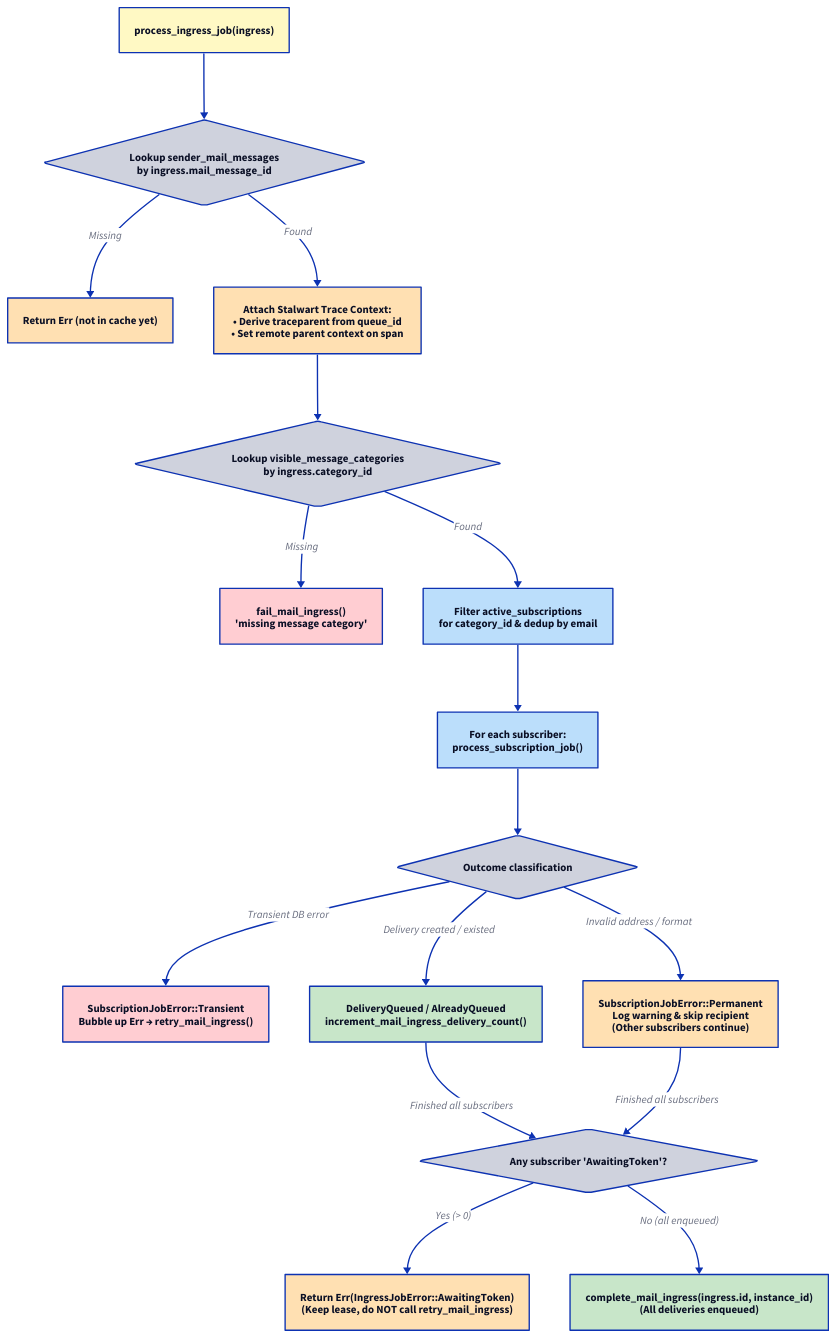
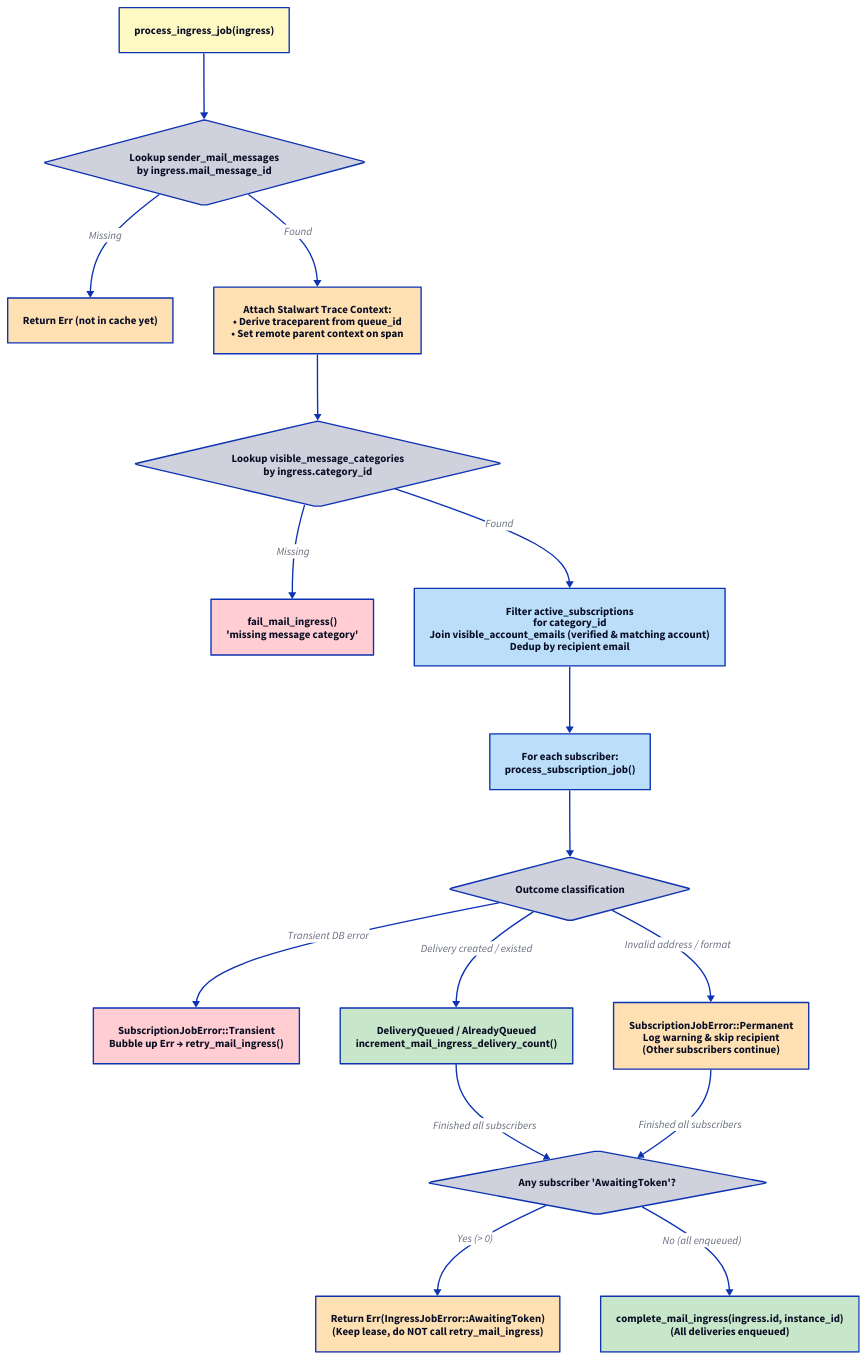
The diagram in docs/src/core/sender/control-flow-ingress-job.d2 (enaut/kommunikationszentrum), drawn with D2 before and after one commit. The commit also changed 20 other files, not shown here.

First line of the commit message:
The documentation and D2 diagrams across the Kommunikationszentrum repository have been comprehensively updated to reflect the architectural enhancements introduced in the last three commits (`fd0b473`, `7e1d919`, and `e8ae9a0`).

```diff
--- a/docs/src/core/sender/control-flow-ingress-job.d2
+++ b/docs/src/core/sender/control-flow-ingress-job.d2
@@ -1,42 +1,42 @@
 direction: down
 
 start: "process_ingress_job(ingress)" { style.fill: "#fff9c4" }
 msg: "Lookup sender_mail_messages\nby ingress.mail_message_id" { shape: diamond }
 msg_err: "Return Err (not in cache yet)" { style.fill: "#ffe0b2" }
 
 trace_attach: "Attach Stalwart Trace Context:\n• Derive traceparent from queue_id\n• Set remote parent context on span" { style.fill: "#ffe0b2" }
 
 cat: "Lookup visible_message_categories\nby ingress.category_id" { shape: diamond }
 fail: "fail_mail_ingress()\n'missing message category'" { style.fill: "#ffcdd2" }
 
-subs: "Filter active_subscriptions\nfor category_id & dedup by email" { style.fill: "#bbdefb" }
+subs: "Filter active_subscriptions\nfor category_id\nJoin visible_account_emails (verified & matching account)\nDedup by recipient email" { style.fill: "#bbdefb" }
 
 loop_: "For each subscriber:\nprocess_subscription_job()" { style.fill: "#bbdefb" }
 
 err_check: "Outcome classification" { shape: diamond }
 trans_err: "SubscriptionJobError::Transient\nBubble up Err → retry_mail_ingress()" { style.fill: "#ffcdd2" }
 perm_err: "SubscriptionJobError::Permanent\nLog warning & skip recipient\n(Other subscribers continue)" { style.fill: "#ffe0b2" }
 queued: "DeliveryQueued / AlreadyQueued\nincrement_mail_ingress_delivery_count()" { style.fill: "#c8e6c9" }
 
 token_check: "Any subscriber 'AwaitingToken'?" { shape: diamond }
 token_wait: "Return Err(IngressJobError::AwaitingToken)\n(Keep lease, do NOT call retry_mail_ingress)" { style.fill: "#ffe0b2" }
 done: "complete_mail_ingress(ingress.id, instance_id)\n(All deliveries enqueued)" { style.fill: "#c8e6c9" }
 
 start -> msg
 msg -> msg_err: "Missing"
 msg -> trace_attach: "Found"
 trace_attach -> cat
 cat -> fail: "Missing"
 cat -> subs: "Found"
 subs -> loop_
 loop_ -> err_check
 
 err_check -> trans_err: "Transient DB error"
 err_check -> perm_err: "Invalid address / format"
 err_check -> queued: "Delivery created / existed"
 
 queued -> token_check: "Finished all subscribers"
 perm_err -> token_check: "Finished all subscribers"
 
 token_check -> token_wait: "Yes (> 0)"
 token_check -> done: "No (all enqueued)"
```
